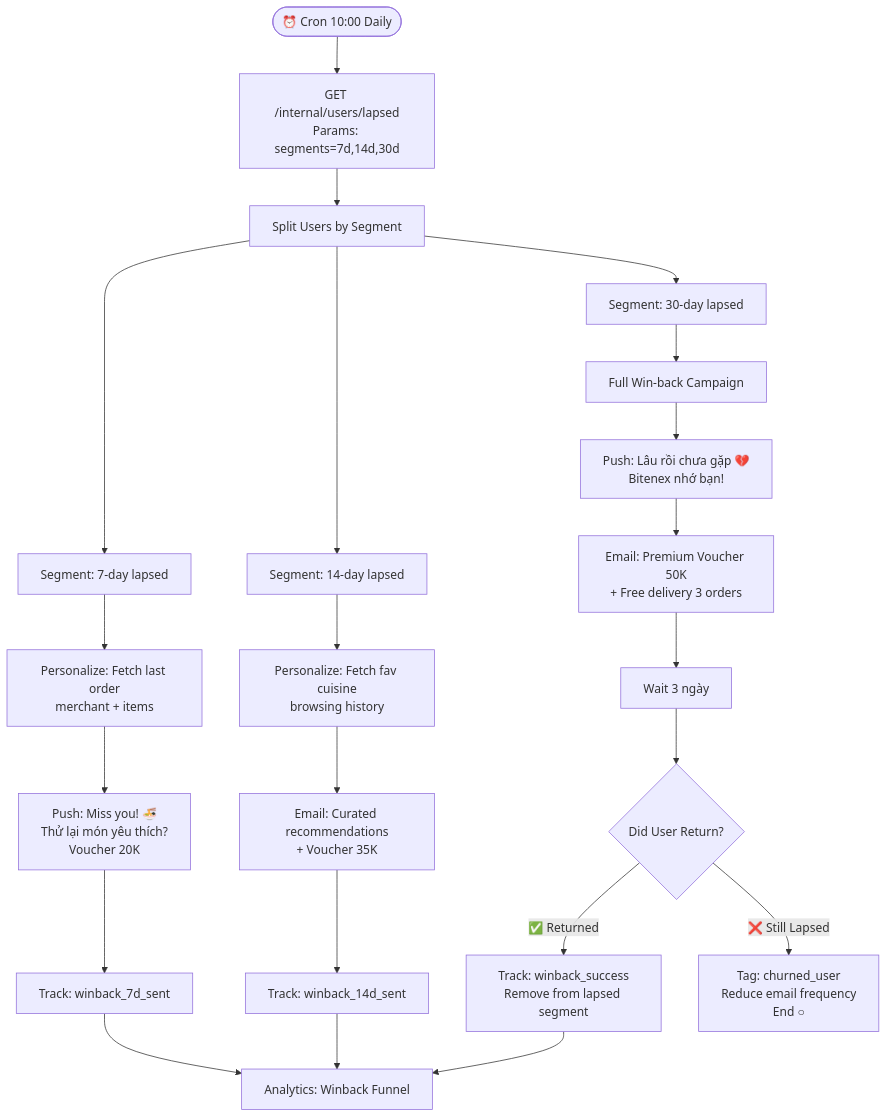
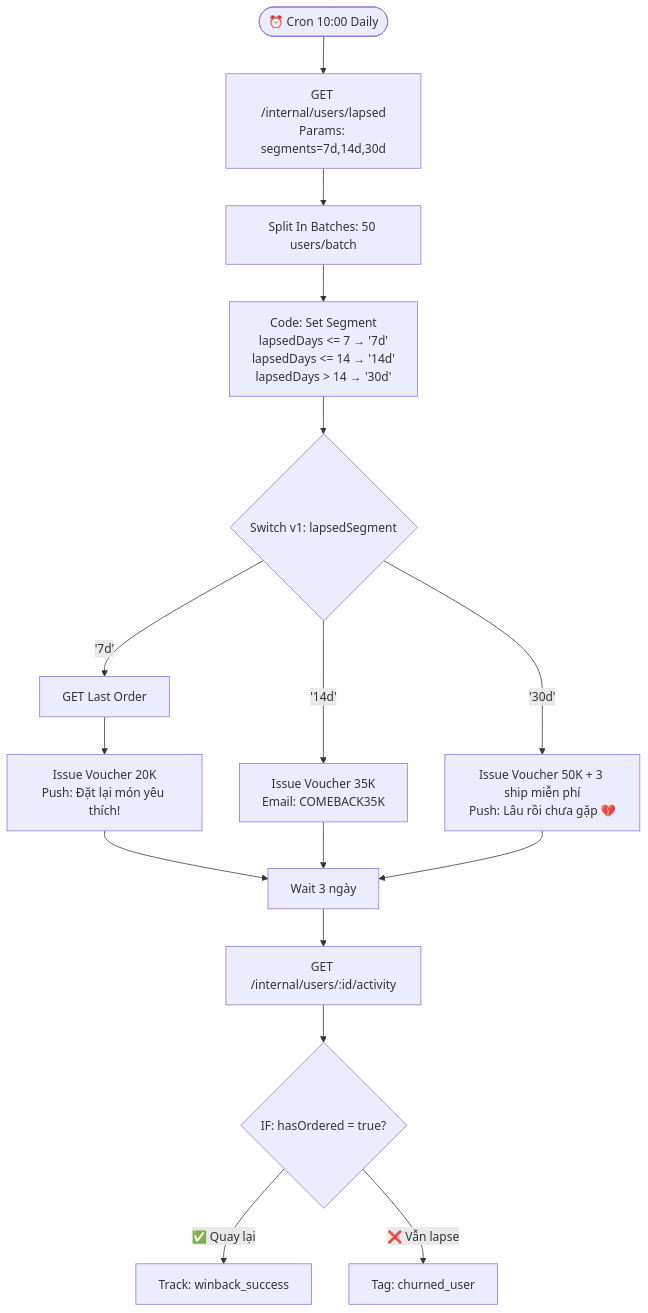
Before and after one commit to vietviet08/bitenex-cj: the ninth of 9 diagrams in docs/n8n/WORKFLOWS.md, drawn with Mermaid. The commit also changed other lines of this file and 5 other files, not shown here.

````diff
--- a/docs/n8n/WORKFLOWS.md
+++ b/docs/n8n/WORKFLOWS.md
@@ -390,29 +388,23 @@
 ```mermaid
 flowchart TD
     A([⏰ Cron 10:00 Daily]) --> B[GET /internal/users/lapsed\nParams: segments=7d,14d,30d]
-    B --> C[Split Users by Segment]
+    B --> C[Split In Batches: 50 users/batch]
+    C --> D[Code: Set Segment\nlapsedDays <= 7 → '7d'\nlapsedDays <= 14 → '14d'\nlapsedDays > 14 → '30d']
+    D --> E{Switch v1: lapsedSegment}
 
-    C --> D["Segment: 7-day lapsed"]
-    C --> E["Segment: 14-day lapsed"]
-    C --> F["Segment: 30-day lapsed"]
+    E -- "'7d'" --> F[GET Last Order]
+    F --> G[Issue Voucher 20K\nPush: Đặt lại món yêu thích!]
 
-    D --> G[Personalize: Fetch last order\nmerchant + items]
-    G --> H[Push: Miss you! 🍜\nThử lại món yêu thích?\nVoucher 20K]
-    H --> I[Track: winback_7d_sent]
+    E -- "'14d'" --> H[Issue Voucher 35K\nEmail: COMEBACK35K]
 
-    E --> J[Personalize: Fetch fav cuisine\nbrowsing history]
-    J --> K[Email: Curated recommendations\n+ Voucher 35K]
-    K --> L[Track: winback_14d_sent]
+    E -- "'30d'" --> I[Issue Voucher 50K + 3 ship miễn phí\nPush: Lâu rồi chưa gặp 💔]
 
-    F --> M[Full Win-back Campaign]
-    M --> N[Push: Lâu rồi chưa gặp 💔\nBitenex nhớ bạn!]
-    N --> O[Email: Premium Voucher 50K\n+ Free delivery 3 orders]
-    O --> P[Wait 3 ngày]
-    P --> Q{Did User Return?}
-    Q -- "✅ Returned" --> R[Track: winback_success\nRemove from lapsed segment]
-    Q -- "❌ Still Lapsed" --> S[Tag: churned_user\nReduce email frequency\nEnd ○]
+    G --> J[Wait 3 ngày]
+    H --> J
+    I --> J
 
-    I --> T[Analytics: Winback Funnel]
-    L --> T
-    R --> T
+    J --> K[GET /internal/users/:id/activity]
+    K --> L{IF: hasOrdered = true?}
+    L -- "✅ Quay lại" --> M[Track: winback_success]
+    L -- "❌ Vẫn lapse" --> N[Tag: churned_user]
 ```
````
